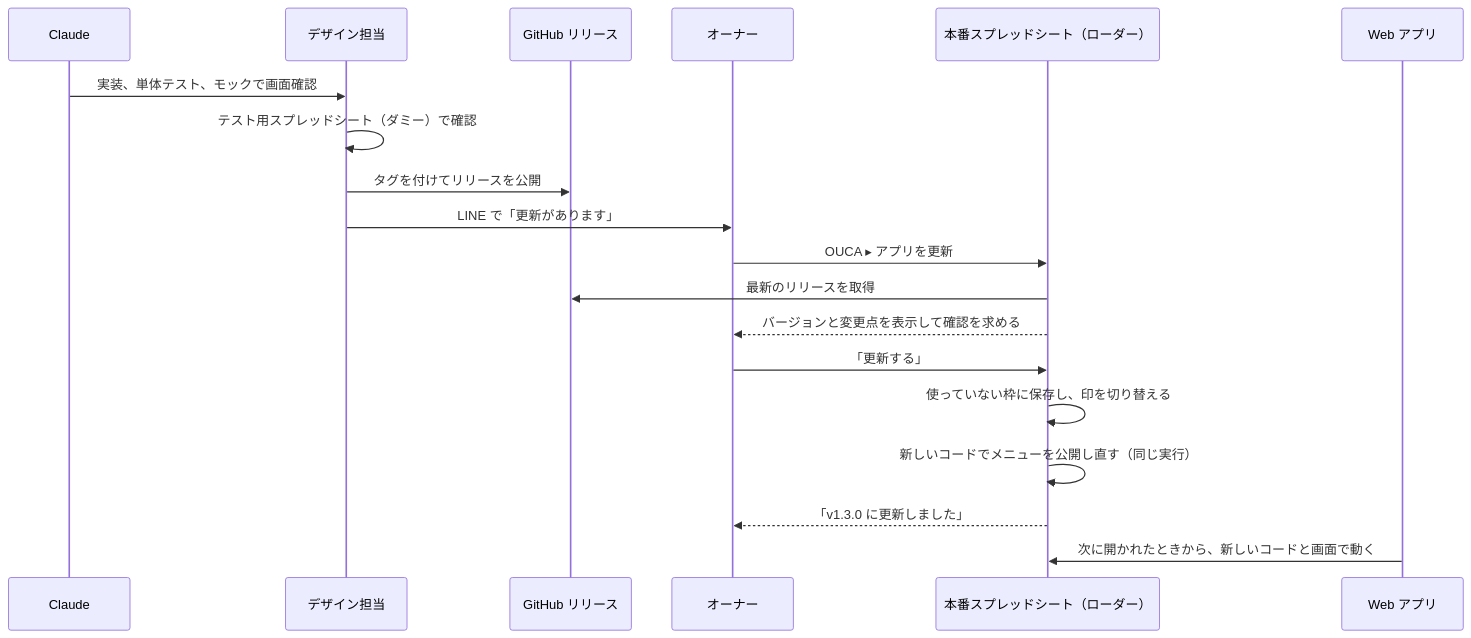
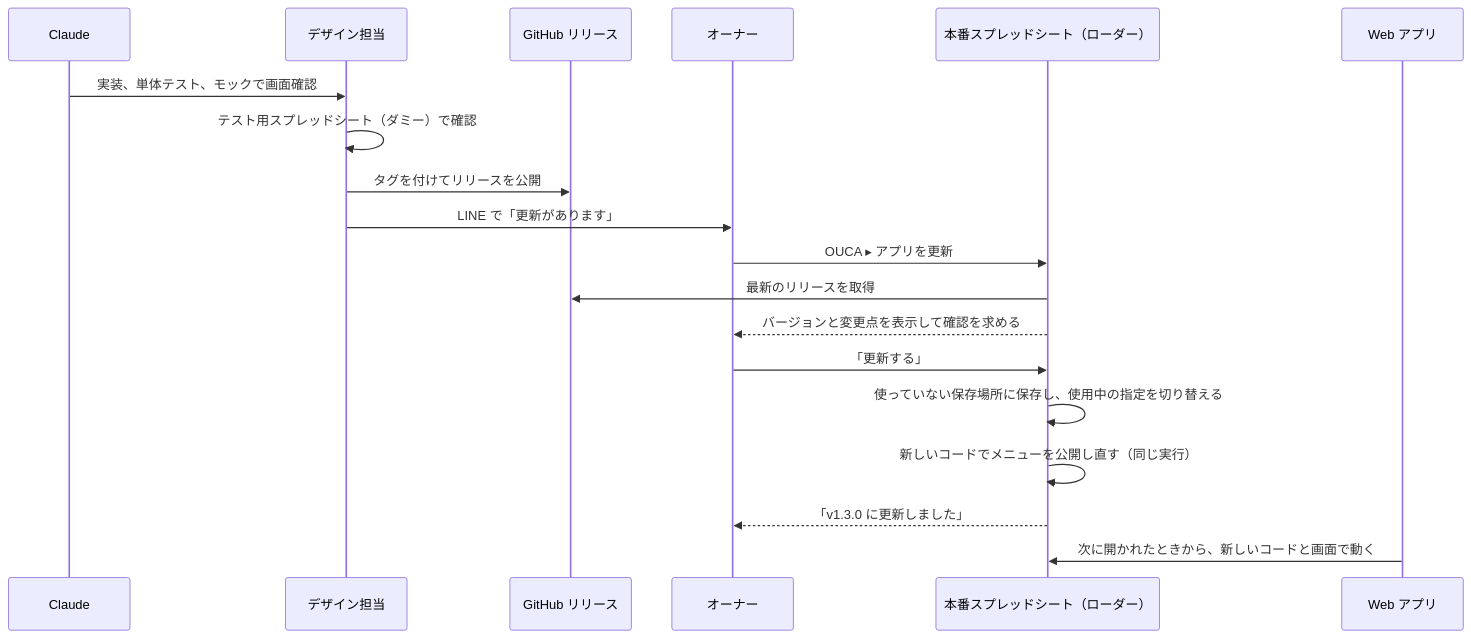
One commit to yuk-wq/ouca changed the second of 2 diagrams in docs/to-be/delivery-flow.md. Above: the diagram before and after it, drawn with Mermaid. The commit also changed other lines of this file and 2 other files, not shown here.

````diff
--- a/docs/to-be/delivery-flow.md
+++ b/docs/to-be/delivery-flow.md
@@ -85,21 +97,21 @@
 ```mermaid
 sequenceDiagram
   participant C as Claude
   participant D as デザイン担当
   participant R as GitHub リリース
   participant O as オーナー
   participant S as 本番スプレッドシート（ローダー）
   participant W as Web アプリ
   C->>D: 実装、単体テスト、モックで画面確認
   D->>D: テスト用スプレッドシート（ダミー）で確認
   D->>R: タグを付けてリリースを公開
   D->>O: LINE で「更新があります」
   O->>S: OUCA ▸ アプリを更新
   S->>R: 最新のリリースを取得
   S-->>O: バージョンと変更点を表示して確認を求める
   O->>S: 「更新する」
-  S->>S: 使っていない枠に保存し、印を切り替える
+  S->>S: 使っていない保存場所に保存し、使用中の指定を切り替える
   S->>S: 新しいコードでメニューを公開し直す（同じ実行）
   S-->>O: 「v1.3.0 に更新しました」
   W->>S: 次に開かれたときから、新しいコードと画面で動く
 ```
````
